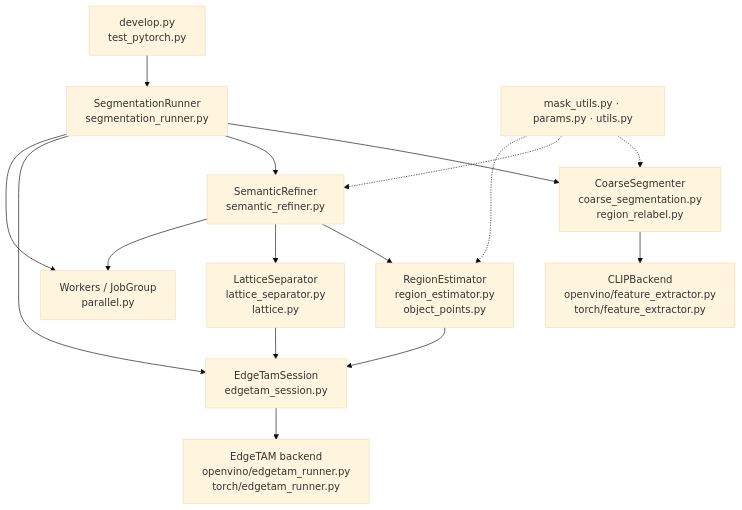
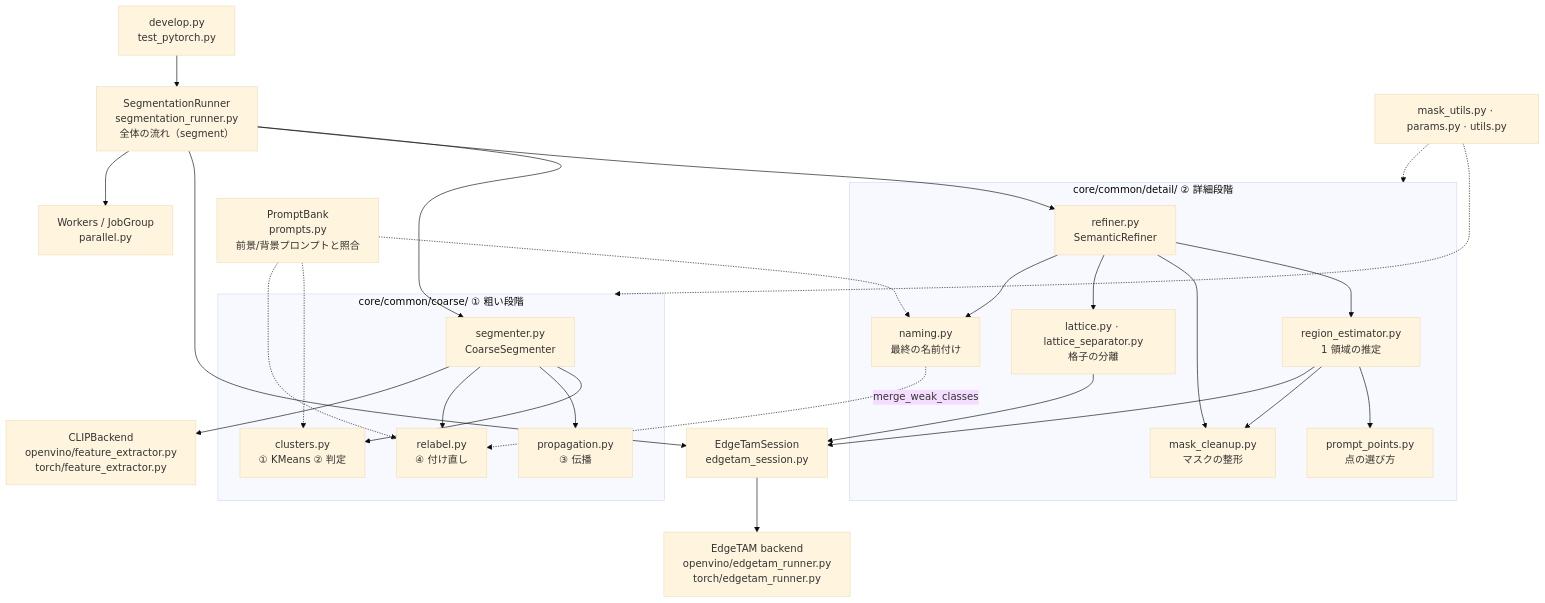
Before and after one commit to fklg-64/pe_anything_detect: the second of 2 diagrams in docs/overview.md, drawn with Mermaid (base theme). The commit also changed other lines of this file and 122 other files, not shown here.

````diff
--- a/docs/overview.md
+++ b/docs/overview.md
@@ -119,18 +102,44 @@
 ```mermaid
 flowchart TD
-    DEV["develop.py<br/>test_pytorch.py"] --> RUN["SegmentationRunner<br/>segmentation_runner.py"]
-    RUN --> COARSE["CoarseSegmenter<br/>coarse_segmentation.py<br/>region_relabel.py"]
-    RUN --> REF["SemanticRefiner<br/>semantic_refiner.py"]
+    DEV["develop.py<br/>test_pytorch.py"] --> RUN["SegmentationRunner<br/>segmentation_runner.py<br/>全体の流れ（segment）"]
+
+    subgraph COARSE["core/common/coarse/ ① 粗い段階"]
+        CS["segmenter.py<br/>CoarseSegmenter"]
+        CL["clusters.py<br/>① KMeans ② 判定"]
+        PR["propagation.py<br/>③ 伝播"]
+        RL["relabel.py<br/>④ 付け直し"]
+        CS --> CL
+        CS --> PR
+        CS --> RL
+    end
+
+    subgraph DETAIL["core/common/detail/ ② 詳細段階"]
+        RF["refiner.py<br/>SemanticRefiner"]
+        RE["region_estimator.py<br/>1 領域の推定"]
+        PP["prompt_points.py<br/>点の選び方"]
+        MC["mask_cleanup.py<br/>マスクの整形"]
+        LT["lattice.py · lattice_separator.py<br/>格子の分離"]
+        NM["naming.py<br/>最終の名前付け"]
+        RF --> RE
+        RF --> MC
+        RF --> LT
+        RF --> NM
+        RE --> PP
+        RE --> MC
+    end
+
+    RUN --> CS
+    RUN --> RF
     RUN --> SES["EdgeTamSession<br/>edgetam_session.py"]
     RUN --> PAR["Workers / JobGroup<br/>parallel.py"]
-    REF --> EST["RegionEstimator<br/>region_estimator.py<br/>object_points.py"]
-    REF --> LAT["LatticeSeparator<br/>lattice_separator.py<br/>lattice.py"]
-    REF --> PAR
-    EST --> SES
-    LAT --> SES
-    COARSE --> CLIP["CLIPBackend<br/>openvino/feature_extractor.py<br/>torch/feature_extractor.py"]
+    RE --> SES
+    LT --> SES
+    NM -.->|"merge_weak_classes"| RL
+    PB["PromptBank<br/>prompts.py<br/>前景/背景プロンプトと照合"] -.-> CL
+    PB -.-> RL
+    PB -.-> NM
+    CS --> CLIP["CLIPBackend<br/>openvino/feature_extractor.py<br/>torch/feature_extractor.py"]
     SES --> ETB["EdgeTAM backend<br/>openvino/edgetam_runner.py<br/>torch/edgetam_runner.py"]
     HELP["mask_utils.py · params.py · utils.py"] -.-> COARSE
-    HELP -.-> REF
-    HELP -.-> EST
+    HELP -.-> DETAIL
 ```
````
